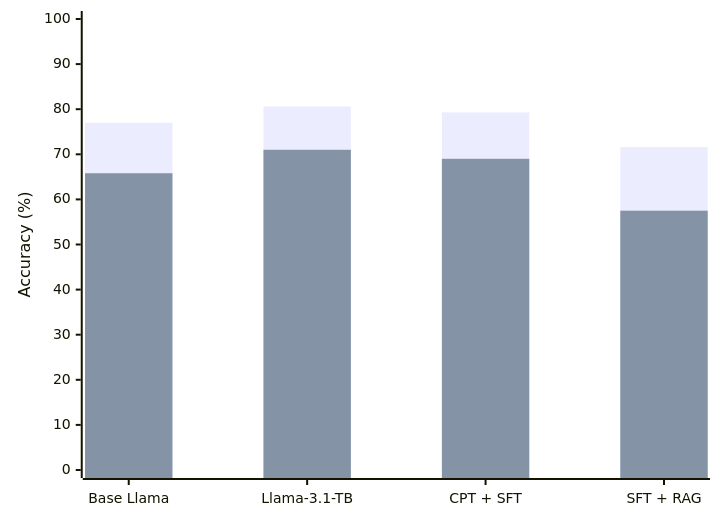
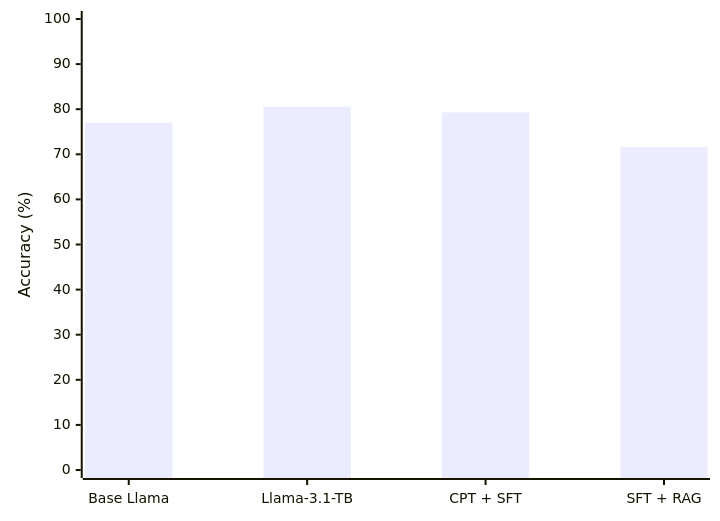
One commit to sedak326/Llama-3.1-TB changed the first of 2 diagrams in README.md. Above: the diagram before and after it, drawn with Mermaid. The commit also changed other lines of this file, not shown here.

````diff
--- a/README.md
+++ b/README.md
@@ -82,7 +5,6 @@
 ```mermaid
 xychart-beta
     x-axis ["Base Llama", "Llama-3.1-TB", "CPT + SFT", "SFT + RAG"]
     y-axis "Accuracy (%)" 0 --> 100
     bar [77.0, 80.6, 79.3, 71.6]
-    bar [65.8, 71.0, 69.0, 57.5]
 ```
````
